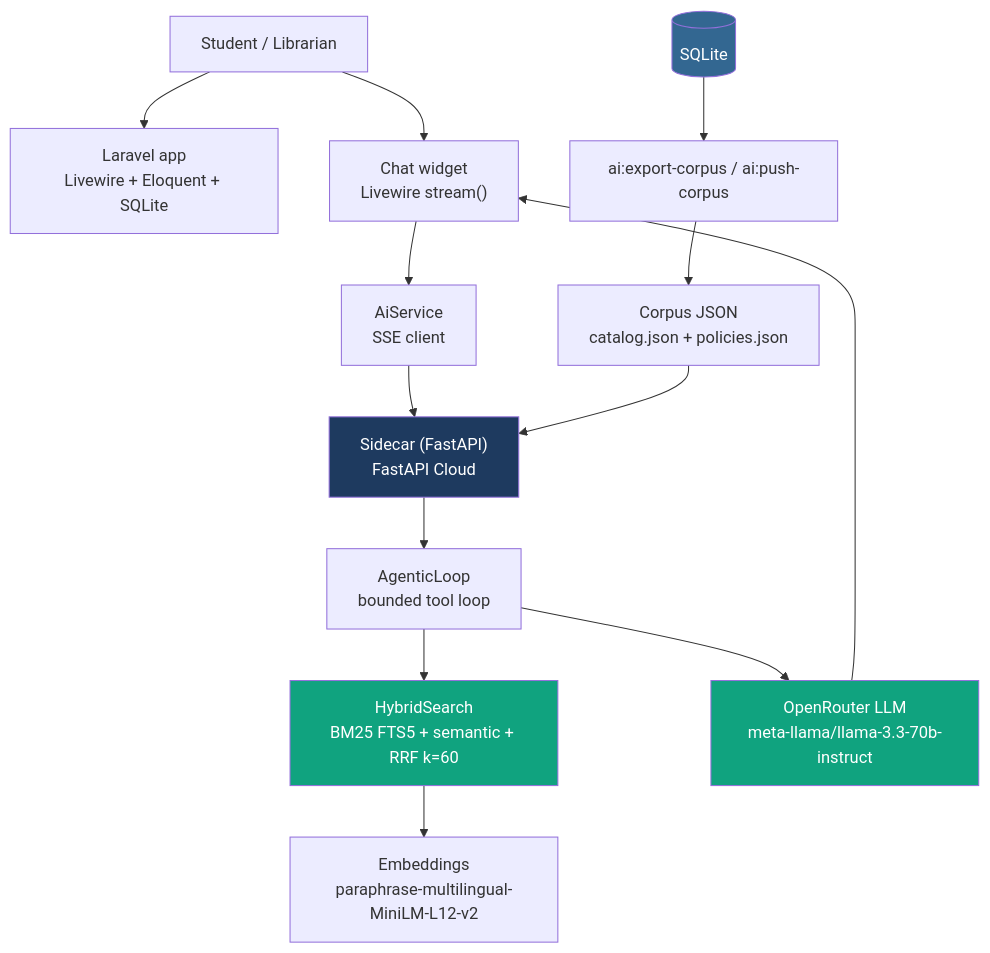
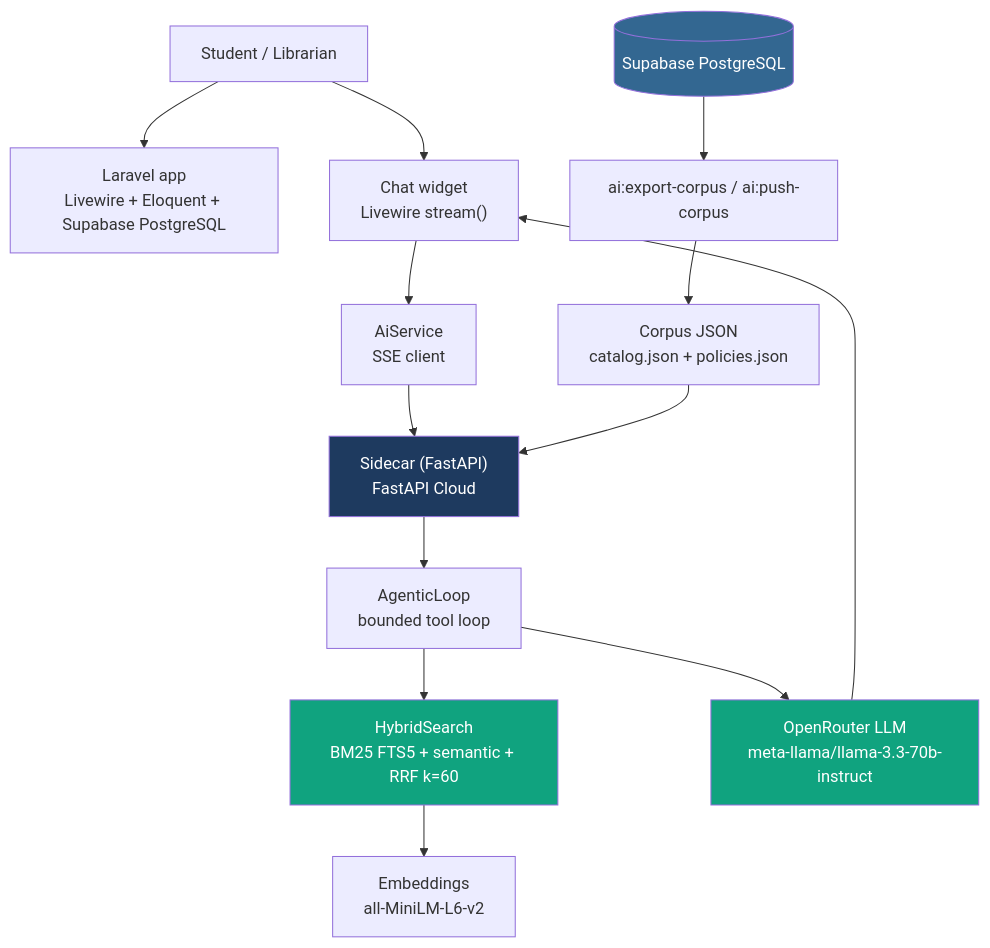
Before and after one commit to PSergio984/CEIT-Library: the diagram in README.md, drawn with Mermaid. The commit also changed other lines of this file, not shown here.

Commit message:
docs: refresh README — Supabase PostgreSQL framing, live sidecar URL, eval numbers

````diff
--- a/README.md
+++ b/README.md
@@ -187,33 +187,33 @@
 ```mermaid
 flowchart TD
     User["Student / Librarian"]
-    App["Laravel app<br/>Livewire + Eloquent + SQLite"]
+    App["Laravel app<br/>Livewire + Eloquent + Supabase PostgreSQL"]
     Widget["Chat widget<br/>Livewire stream()"]
     AiService["AiService<br/>SSE client"]
     Sidecar["Sidecar (FastAPI)<br/>FastAPI Cloud"]
     Agent["AgenticLoop<br/>bounded tool loop"]
     Hybrid["HybridSearch<br/>BM25 FTS5 + semantic + RRF k=60"]
-    Embedder["Embeddings<br/>paraphrase-multilingual-MiniLM-L12-v2"]
+    Embedder["Embeddings<br/>all-MiniLM-L6-v2"]
     LLM["OpenRouter LLM<br/>meta-llama/llama-3.3-70b-instruct"]
     Corpus["Corpus JSON<br/>catalog.json + policies.json"]
     Exporter["ai:export-corpus / ai:push-corpus"]
-    DB[("SQLite")]
+    DB[("Supabase PostgreSQL")]
 
     User --> Widget
     User --> App
     Widget --> AiService
     AiService --> Sidecar
     Sidecar --> Agent
     Agent --> Hybrid
     Hybrid --> Embedder
     Agent --> LLM
     LLM --> Widget
     DB --> Exporter
     Exporter --> Corpus
     Corpus --> Sidecar
 
     style Sidecar fill:#1e3a5f,color:#fff
     style Hybrid fill:#10a37f,color:#fff
     style LLM fill:#10a37f,color:#fff
     style DB fill:#336791,color:#fff
 ```
````
